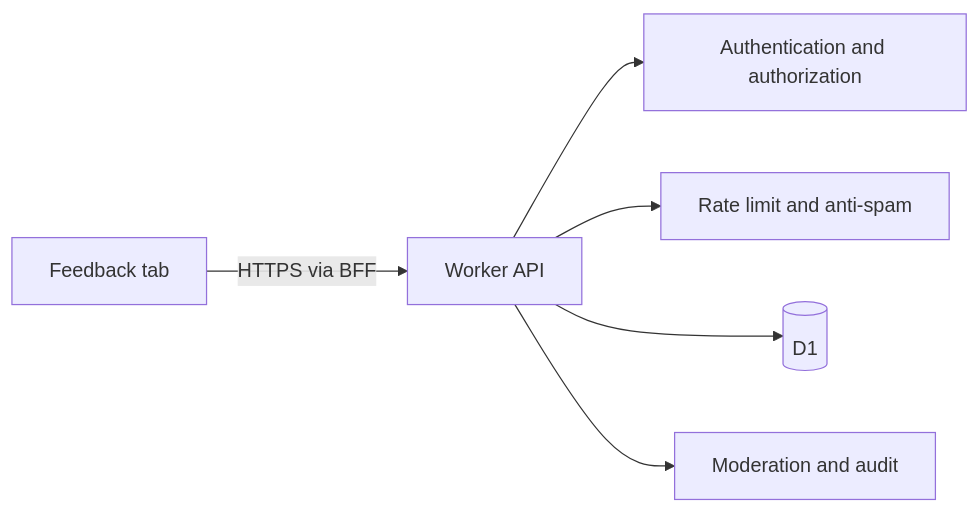
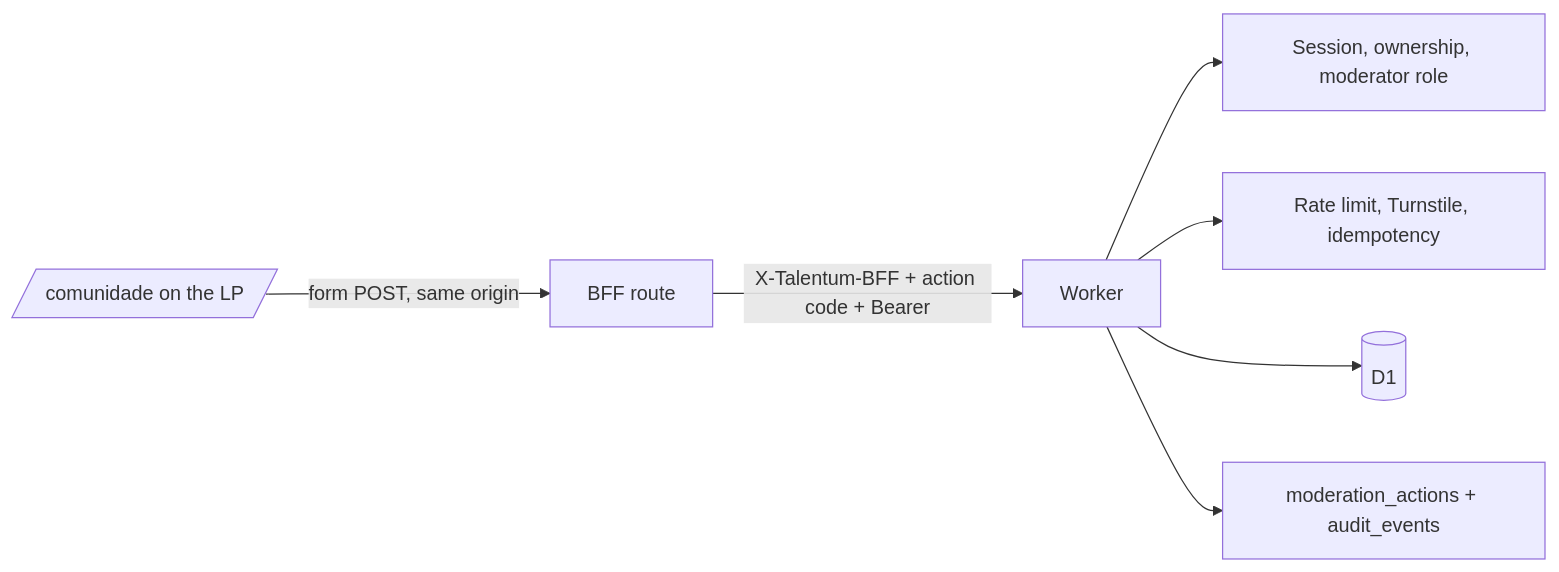
One commit to luizfelipe-pacifico/talentum changed the fifth of 8 diagrams in docs/ARCHITECTURE.md. Above: the diagram before and after it, drawn with Mermaid. The commit also changed other lines of this file and 411 other files, not shown here.

````diff
--- a/docs/ARCHITECTURE.md
+++ b/docs/ARCHITECTURE.md
@@ -229,8 +262,9 @@
 ```mermaid
 flowchart LR
-    UI[Feedback tab] -->|HTTPS via BFF| API[Worker API]
-    API --> AUTH[Authentication and authorization]
-    API --> LIMIT[Rate limit and anti-spam]
+    UI[/comunidade on the LP/] -->|form POST, same origin| BFF[BFF route]
+    BFF -->|X-Talentum-BFF + action code + Bearer| API[Worker]
+    API --> AUTH[Session, ownership, moderator role]
+    API --> LIMIT[Rate limit, Turnstile, idempotency]
     API --> D1[(D1)]
-    API --> MOD[Moderation and audit]
+    API --> MOD[moderation_actions + audit_events]
 ```
````
